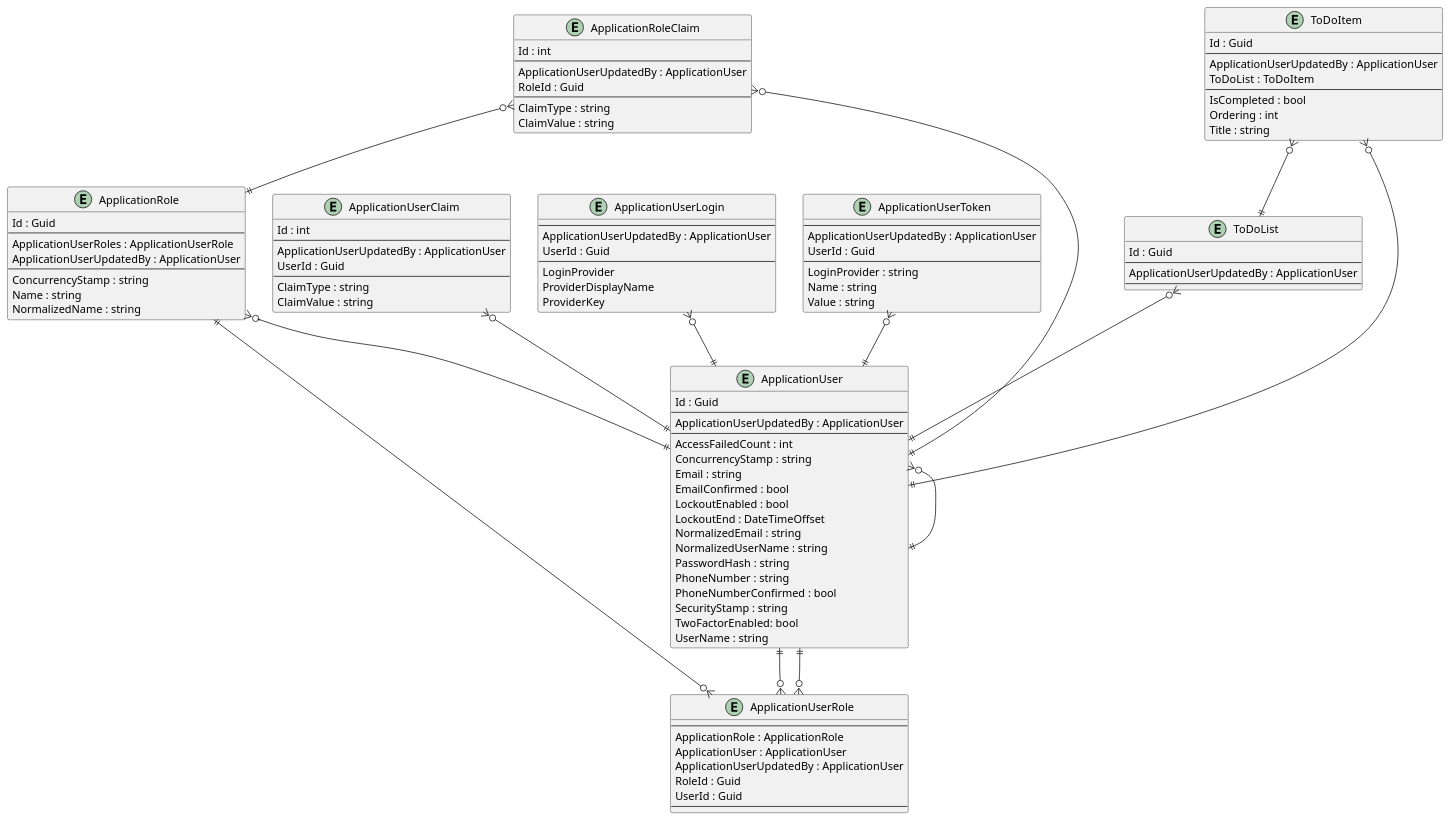
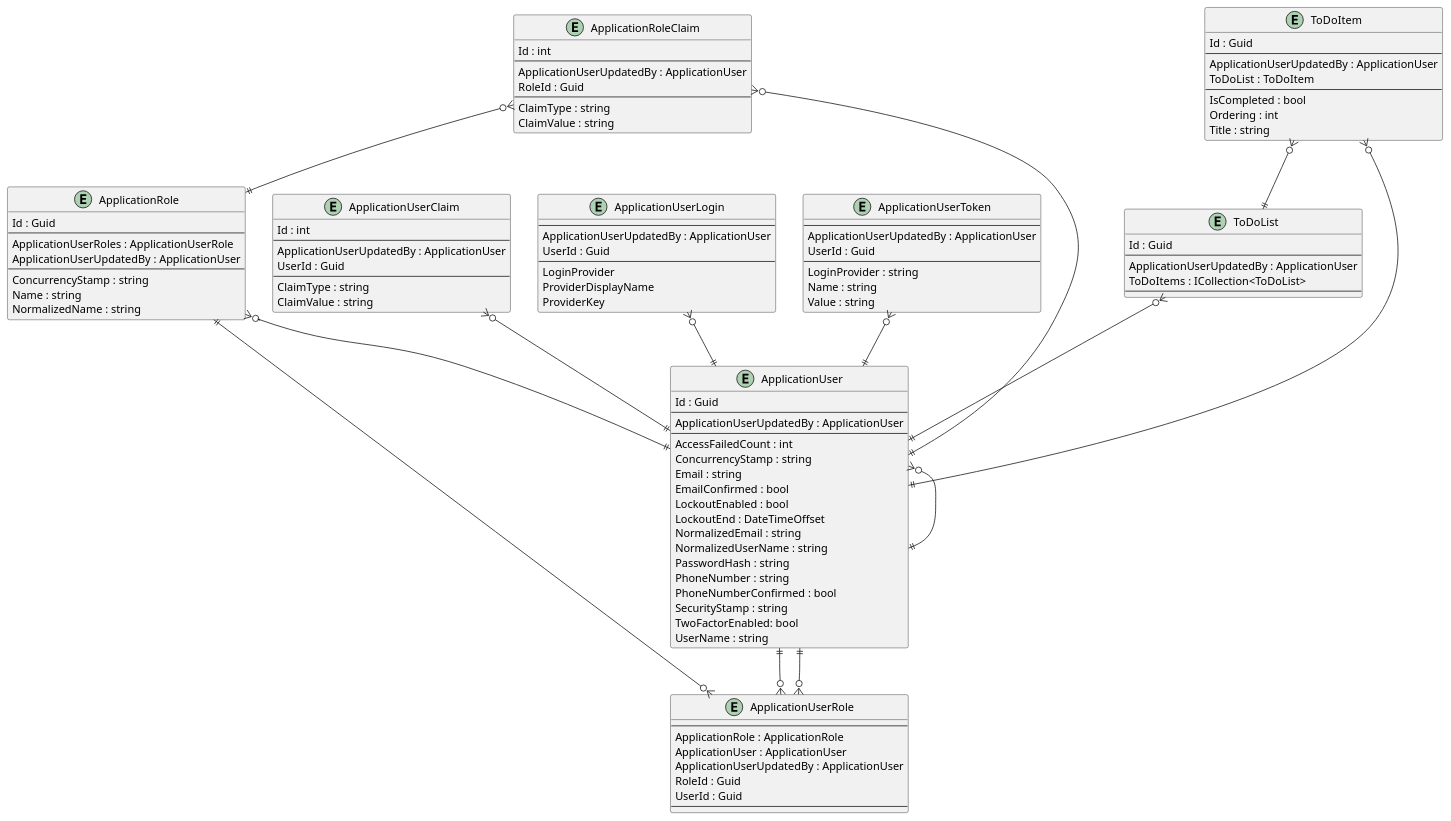
The diagram in .docs/Intrepion.ToDo.pu (intrepion/intrepion_to-do_web_blazor), drawn with PlantUML before and after one commit.

```diff
--- a/.docs/Intrepion.ToDo.pu
+++ b/.docs/Intrepion.ToDo.pu
@@ -1,127 +1,128 @@
 @startuml
 
 entity ApplicationRole {
     Id : Guid
     --
     ApplicationUserRoles : ApplicationUserRole
     ApplicationUserUpdatedBy : ApplicationUser
     --
     ConcurrencyStamp : string
     Name : string
     NormalizedName : string
 }
 
 entity ApplicationRoleClaim {
     Id : int
     --
     ApplicationUserUpdatedBy : ApplicationUser
     RoleId : Guid
     --
     ClaimType : string
     ClaimValue : string
 }
 
 entity ApplicationUser {
     Id : Guid
     --
     ApplicationUserUpdatedBy : ApplicationUser
     ' ApplicationUserKeyCodePlaceholder
     --
     AccessFailedCount : int
     ConcurrencyStamp : string
     Email : string
     EmailConfirmed : bool
     LockoutEnabled : bool
     LockoutEnd : DateTimeOffset
     NormalizedEmail : string
     NormalizedUserName : string
     PasswordHash : string
     PhoneNumber : string
     PhoneNumberConfirmed : bool
     SecurityStamp : string
     TwoFactorEnabled: bool
     UserName : string
     ' ApplicationUserPropertyCodePlaceholder
 }
 
 entity ApplicationUserClaim {
     Id : int
     --
     ApplicationUserUpdatedBy : ApplicationUser
     UserId : Guid
     --
     ClaimType : string
     ClaimValue : string
 }
 
 entity ApplicationUserLogin {
     --
     ApplicationUserUpdatedBy : ApplicationUser
     UserId : Guid
     --
     LoginProvider
     ProviderDisplayName
     ProviderKey
 }
 
 entity ApplicationUserRole {
     --
     ApplicationRole : ApplicationRole
     ApplicationUser : ApplicationUser
     ApplicationUserUpdatedBy : ApplicationUser
     RoleId : Guid
     UserId : Guid
     --
 }
 
 entity ApplicationUserToken {
     --
     ApplicationUserUpdatedBy : ApplicationUser
     UserId : Guid
     --
     LoginProvider : string
     Name : string
     Value : string
 }
 
 entity ToDoItem {
     Id : Guid
     --
     ApplicationUserUpdatedBy : ApplicationUser
     ToDoList : ToDoItem
     ' ToDoItemKeyCodePlaceholder
     --
     IsCompleted : bool
     Ordering : int
     Title : string
     ' ToDoItemPropertyCodePlaceholder
 }
 
 entity ToDoList {
     Id : Guid
     --
     ApplicationUserUpdatedBy : ApplicationUser
+    ToDoItems : ICollection<ToDoList>
     ' ToDoListKeyCodePlaceholder
     --
     ' ToDoListPropertyCodePlaceholder
 }
 
 ' EntityCodePlaceholder
 
 ApplicationRole ||--o{ ApplicationUserRole
 ApplicationRole }o--|| ApplicationUser
 ApplicationRoleClaim }o--|| ApplicationRole
 ApplicationRoleClaim }o--|| ApplicationUser
 ApplicationUser }o--|| ApplicationUser
 ApplicationUser ||--o{ ApplicationUserRole
 ApplicationUserClaim }o--|| ApplicationUser
 ApplicationUserLogin }o--|| ApplicationUser
 ApplicationUserRole }o--|| ApplicationUser
 ApplicationUserToken }o--|| ApplicationUser
 
 ToDoItem }o--|| ApplicationUser
 ToDoItem }o--|| ToDoList
 ToDoList }o--|| ApplicationUser
 ' RelationshipCodePlaceholder
 
 @enduml
```
